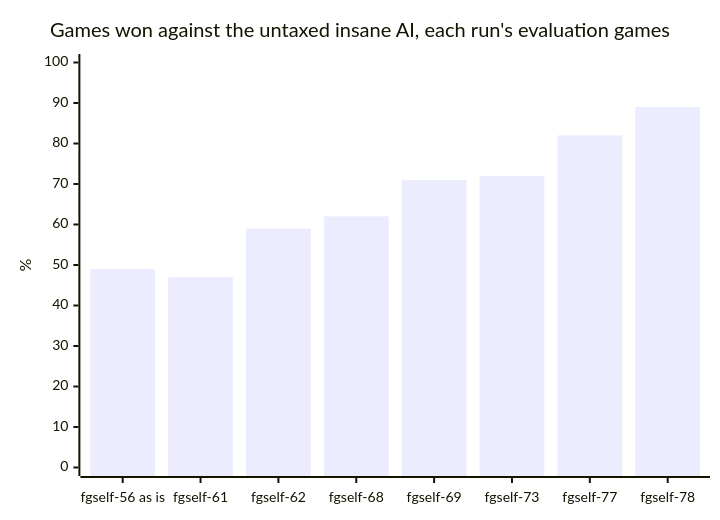
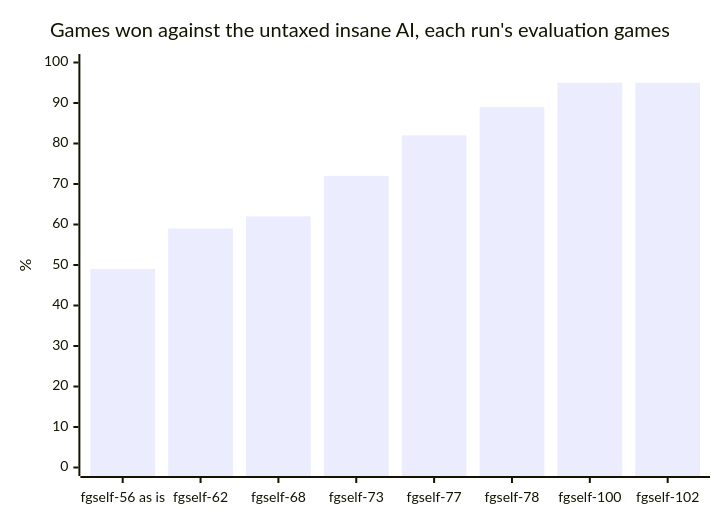
The second of 2 diagrams in docs/experiments.md (RobinKa/warcraftsim), drawn with Mermaid before and after one commit. The commit also changed other lines of this file and 7 other files, not shown here.

````diff
--- a/docs/experiments.md
+++ b/docs/experiments.md
@@ -21,7 +21,7 @@
 ```mermaid
 xychart-beta
   title "Games won against the untaxed insane AI, each run's evaluation games"
-  x-axis ["fgself-56 as is", "fgself-61", "fgself-62", "fgself-68", "fgself-69", "fgself-73", "fgself-77", "fgself-78"]
+  x-axis ["fgself-56 as is", "fgself-62", "fgself-68", "fgself-73", "fgself-77", "fgself-78", "fgself-100", "fgself-102"]
   y-axis "%" 0 --> 100
-  bar [49, 47, 59, 62, 71, 72, 82, 89]
+  bar [49, 59, 62, 72, 82, 89, 95, 95]
 ```
````
